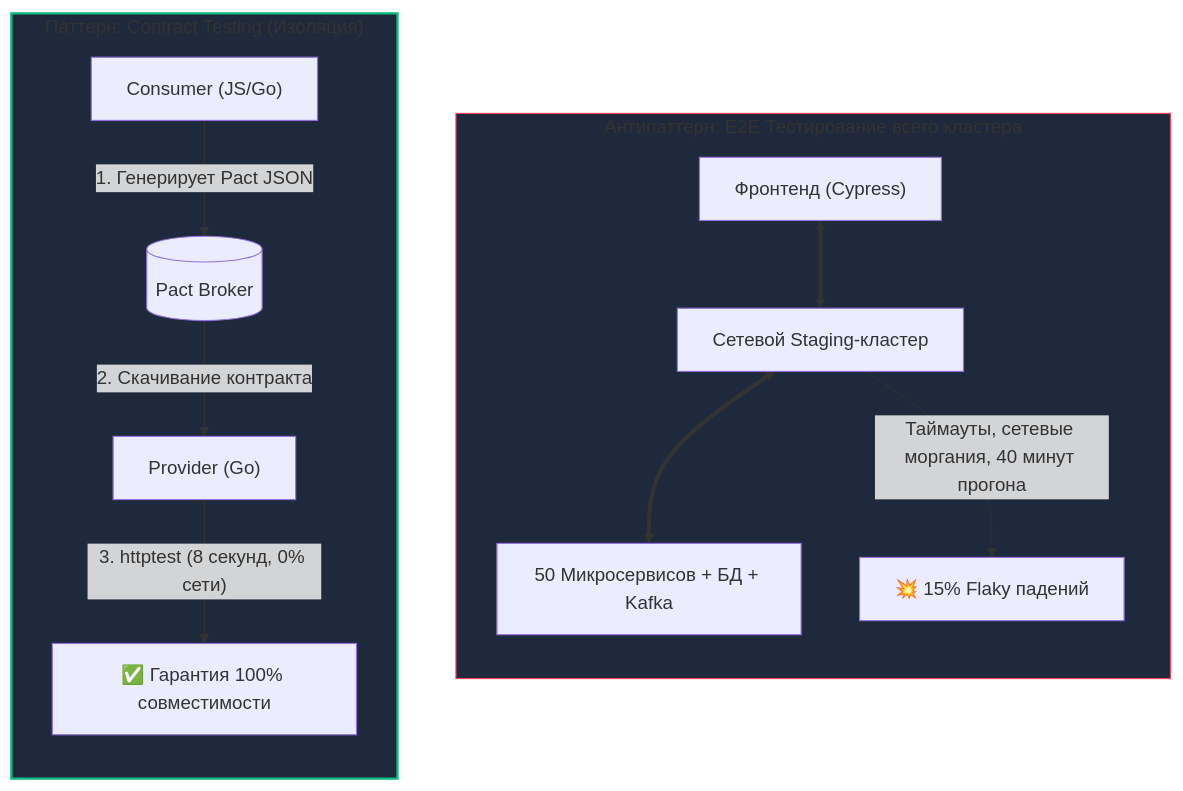
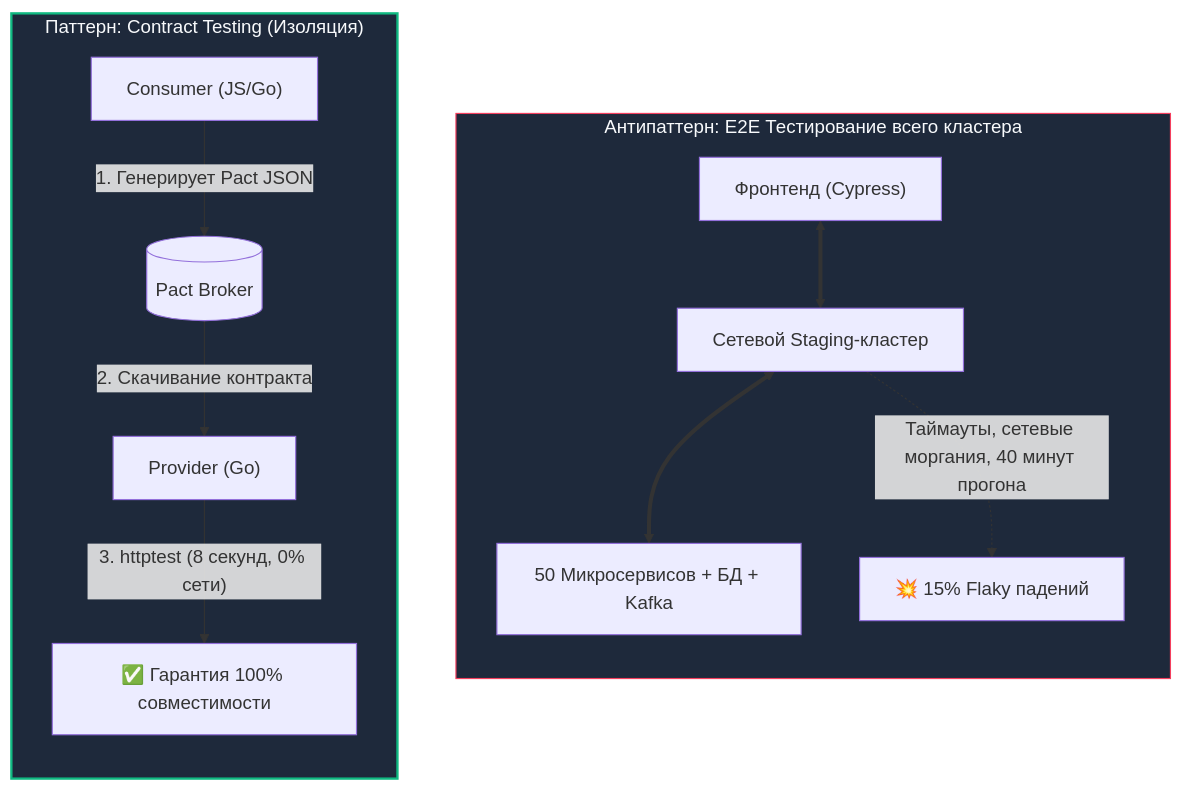
Before and after one commit to UnrealTemplier/go-textbook: the first of 2 diagrams in sources/10. Проектирование API и Сетевые протоколы/34. Contract testing.md, drawn with Mermaid. The commit also changed 310 other files, not shown here.

First line of the commit message:
fix(mermaid): replace light fill colors with dark palette for readability on dark theme

````diff
--- a/sources/10. Проектирование API и Сетевые протоколы/34. Contract testing.md
+++ b/sources/10. Проектирование API и Сетевые протоколы/34. Contract testing.md
@@ -25,19 +25,19 @@
 ```mermaid
 flowchart TD
     subgraph E2E_Hell ["Антипаттерн: E2E Тестирование всего кластера"]
         direction TB
         FE_Real["Фронтенд (Cypress)"] <==> StagingNet["Сетевой Staging-кластер"]
         StagingNet <==> BE_Real["50 Микросервисов + БД + Kafka"]
         StagingNet -.->|"Таймауты, сетевые моргания, 40 минут прогона"| Flake["💥 15% Flaky падений"]
     end
 
     subgraph Contract_Heaven ["Паттерн: Contract Testing (Изоляция)"]
         direction TB
         FE_Test["Consumer (JS/Go)"] -->|"1. Генерирует Pact JSON"| Broker[("Pact Broker")]
         Broker -->|"2. Скачивание контракта"| BE_Test["Provider (Go)"]
         BE_Test -->|"3. httptest (8 секунд, 0% сети)"| Verify["✅ Гарантия 100% совместимости"]
     end
 
-    style E2E_Hell fill:#1e293b,stroke:#f43f5e,stroke-width:1px
-    style Contract_Heaven fill:#1e293b,stroke:#10b981,stroke-width:2px
+    style E2E_Hell fill:#1e293b,stroke:#f43f5e,stroke-width:1px,color:#f8fafc
+    style Contract_Heaven fill:#1e293b,stroke:#10b981,stroke-width:2px,color:#f8fafc
 ```
````
